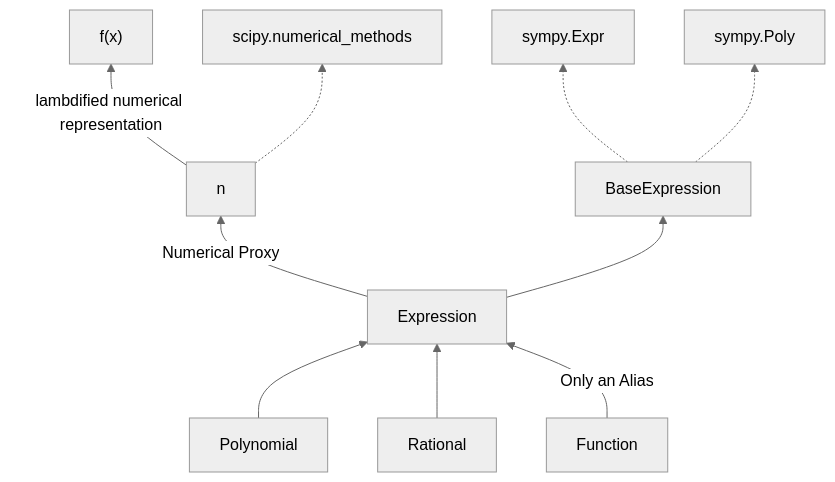
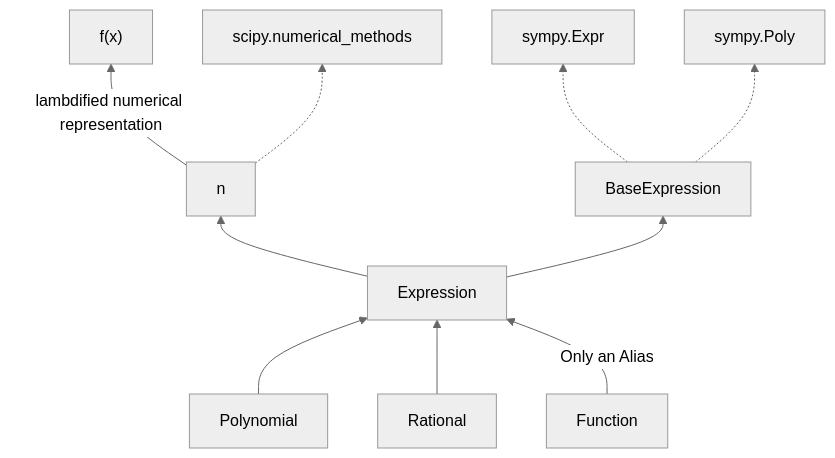
One commit to cybergeek1943/MathFlow changed the diagram in README.md. Above: the diagram before and after it, drawn with Mermaid (neutral theme).

````diff
--- a/README.md
+++ b/README.md
@@ -82,22 +82,22 @@
 ```mermaid
 graph BT
     %% Visual hierarchy with correct arrow semantics
     sympy.Expr
     sympy.Poly
     BaseExpression
     Expression
     Polynomial
     Rational
     Function
     
     %% Arrows still point child → parent
     BaseExpression -.-> sympy.Expr
     BaseExpression -.-> sympy.Poly
-    Expression --> |Numerical Proxy| n
+    Expression --> n
     n --> |lambdified numerical representation| A["f(x)"]
     n -.-> scipy.numerical_methods
     Expression --> BaseExpression
     Polynomial --> Expression
     Rational --> Expression
     Function --> |Only an Alias| Expression
 ```
````
